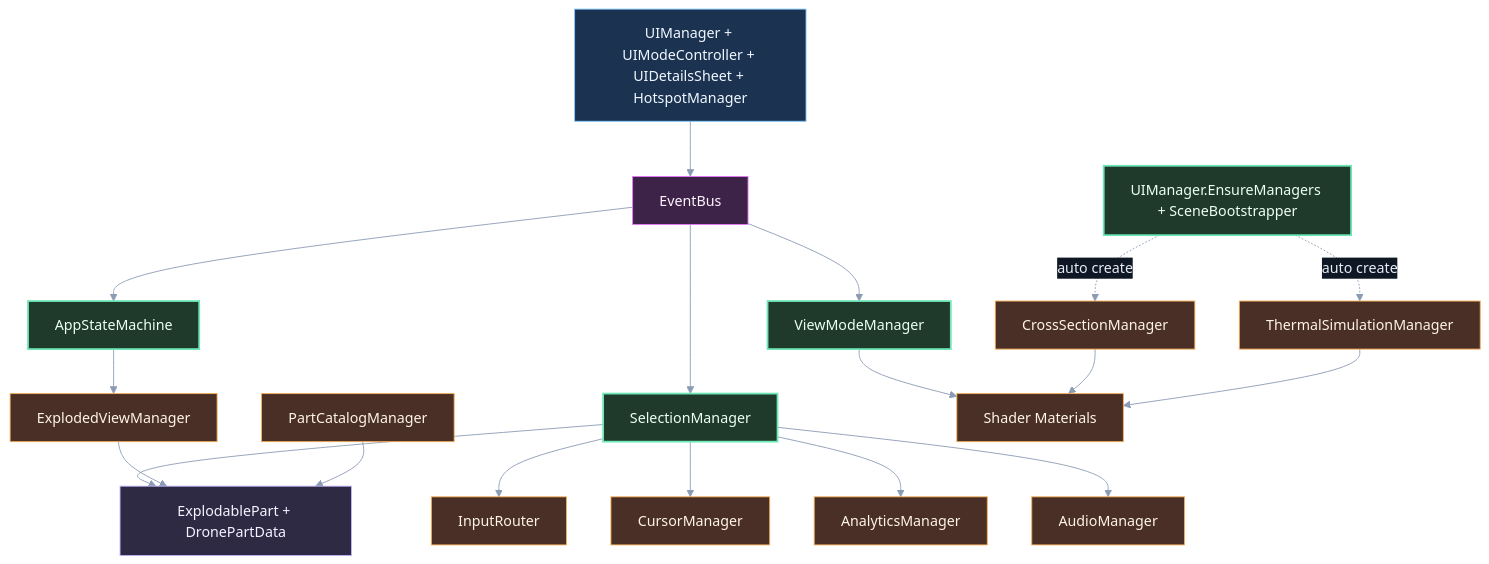
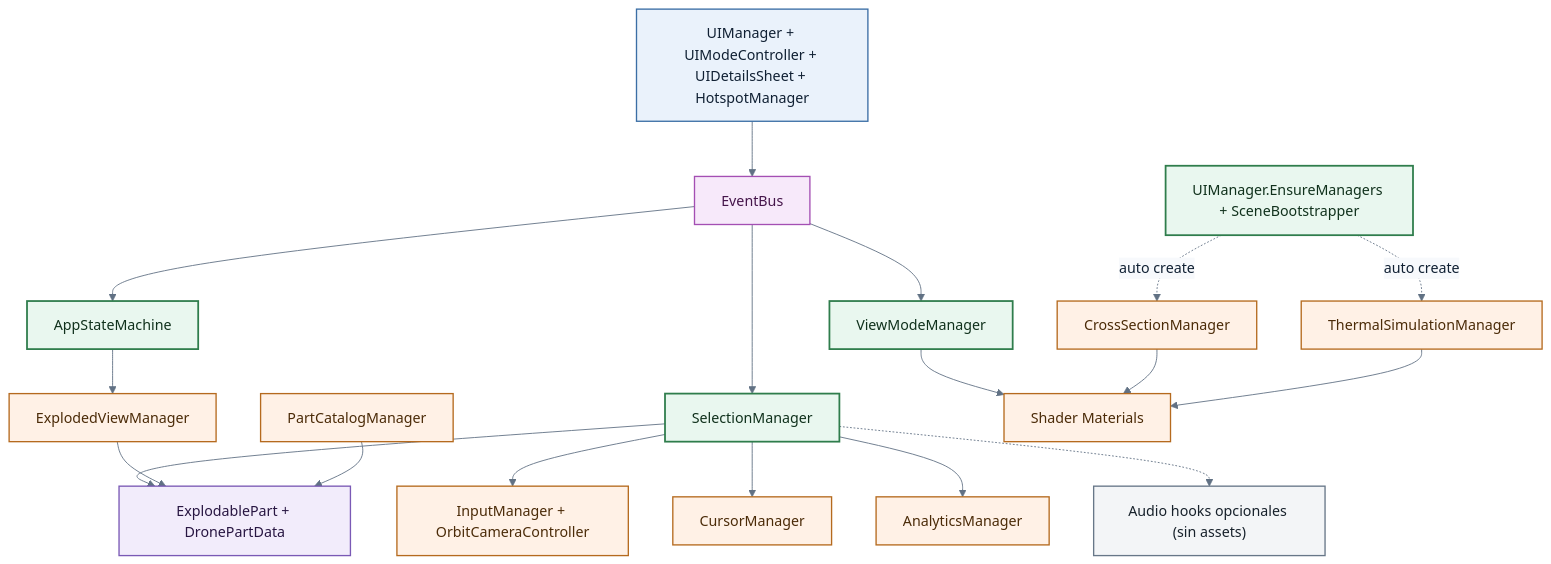
Before and after one commit to delarge95/WebGL-Thesis-Proposal: the diagram in Informe_final/Desarrollo_App/Audits/07_Diagrams_Workflow/rendered/fig_4_1.mmd, drawn with Mermaid. The commit also changed other lines of this file and 53 other files, not shown here.

First line of the commit message:
Checkpoint 2026-04-12: correcciones ortograficas, audits y rerender Mermaid en propuesta/informe

```diff
--- a/Informe_final/Desarrollo_App/Audits/07_Diagrams_Workflow/rendered/fig_4_1.mmd
+++ b/Informe_final/Desarrollo_App/Audits/07_Diagrams_Workflow/rendered/fig_4_1.mmd
@@ -1,66 +1,67 @@
-%%{init: {"theme":"base","themeVariables": {
-  "fontFamily":"system-ui, -apple-system, Segoe UI, sans-serif",
-  "background":"#0b0f17",
-  "primaryColor":"#151b2b",
-  "primaryTextColor":"#e6edf7",
-  "primaryBorderColor":"#7dd3fc",
-  "lineColor":"#8b9bb4",
-  "textColor":"#e6edf7",
-  "edgeLabelBackground":"#0f1724"
+%%{init: {'theme':'base','themeVariables': {
+  'fontFamily':'Trebuchet MS, Segoe UI, sans-serif',
+  'background':'#fcfcf8',
+  'primaryColor':'#f5f7fb',
+  'primaryTextColor':'#102033',
+  'primaryBorderColor':'#4a6fa5',
+  'lineColor':'#617184',
+  'textColor':'#102033',
+  'edgeLabelBackground':'#f7f9fc'
 }}}%%
 flowchart TB
   BOOT[UIManager.EnsureManagers + SceneBootstrapper]
     UI[UIManager + UIModeController + UIDetailsSheet + HotspotManager]
     EBUS[EventBus]
     ASM[AppStateMachine]
     SEL[SelectionManager]
     VMM[ViewModeManager]
-    INP[InputRouter]
+    INP["InputManager + OrbitCameraController"]
     CUR[CursorManager]
     ANA[AnalyticsManager]
-    AUD[AudioManager]
+    AUD["Audio hooks opcionales (sin assets)"]
     EVM[ExplodedViewManager]
     CSM[CrossSectionManager]
     PCM[PartCatalogManager]
     THR[ThermalSimulationManager]
     PART[ExplodablePart + DronePartData]
     SHD[Shader Materials]
 
     BOOT -.->|auto create| CSM
     BOOT -.->|auto create| THR
 
     UI --> EBUS
     EBUS --> ASM
     EBUS --> SEL
     EBUS --> VMM
 
     SEL --> INP
     SEL --> CUR
     SEL --> ANA
-    SEL --> AUD
+    SEL -.-> AUD
 
     ASM --> EVM
     SEL --> PART
     VMM --> SHD
     CSM --> SHD
     EVM --> PART
     PCM --> PART
     THR --> SHD
 
-    classDef ui fill:#1b3250,stroke:#7cc8ff,color:#f0f8ff,stroke-width:1px;
-    classDef orch fill:#1f3a2b,stroke:#6ee7b7,color:#ecfff6,stroke-width:2px;
-    classDef svc fill:#4a2f26,stroke:#f6ad55,color:#fff4e6,stroke-width:1px;
-    classDef data fill:#2f2a44,stroke:#c4b5fd,color:#f5f3ff,stroke-width:1px;
-    classDef event fill:#3d2348,stroke:#e879f9,color:#fdf4ff,stroke-width:1px;
-    classDef state fill:#0b3f46,stroke:#5eead4,color:#ecfeff,stroke-width:1px;
-    classDef risk fill:#5a1c1c,stroke:#f87171,color:#fff1f2,stroke-width:2px;
-    classDef mitigation fill:#223a76,stroke:#7dd3fc,color:#f0f8ff,stroke-width:1px;
-    classDef result fill:#145f54,stroke:#34d399,color:#ecfdf5,stroke-width:1px;
-    classDef neutral fill:#2b3140,stroke:#8b9bb4,color:#e6edf7,stroke-width:1px;
+    classDef ui fill:#eaf2fb,stroke:#3b6ea5,color:#102033,stroke-width:1.5px;
+    classDef orch fill:#e9f7ef,stroke:#2f7d4c,color:#10311c,stroke-width:2px;
+    classDef svc fill:#fff1e6,stroke:#b56a1e,color:#4b2b08,stroke-width:1.5px;
+    classDef data fill:#f2ecfb,stroke:#7a59b5,color:#281642,stroke-width:1.5px;
+    classDef event fill:#f7e9fa,stroke:#a44fb3,color:#45154a,stroke-width:1.5px;
+    classDef state fill:#e7f6f7,stroke:#21797a,color:#123536,stroke-width:1.5px;
+    classDef risk fill:#fdeaea,stroke:#c23b3b,color:#5a1515,stroke-width:2px;
+    classDef mitigation fill:#edf3ff,stroke:#5877c6,color:#1b2d57,stroke-width:1.5px;
+    classDef result fill:#e8f8ef,stroke:#2d8a57,color:#123322,stroke-width:1.5px;
+    classDef neutral fill:#f3f5f7,stroke:#677788,color:#17212b,stroke-width:1.5px;
 
     class UI ui;
     class BOOT orch;
     class EBUS event;
     class ASM,SEL,VMM orch;
-    class INP,CUR,ANA,AUD,EVM,CSM,PCM,THR,SHD svc;
+    class INP,CUR,ANA,EVM,CSM,PCM,THR,SHD svc;
+    class AUD neutral;
     class PART data;
```
